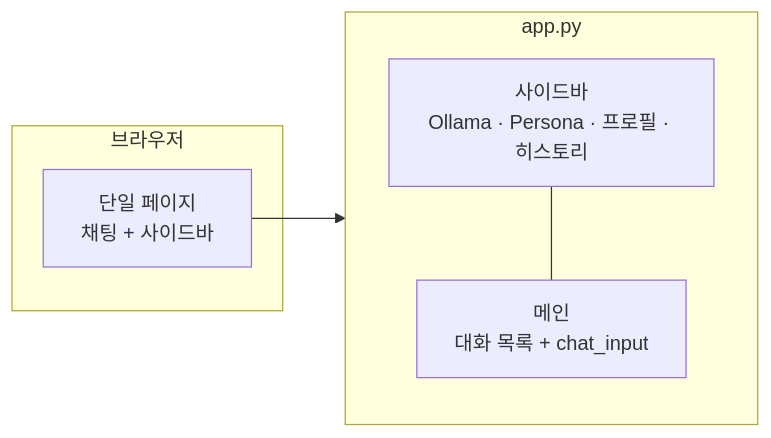
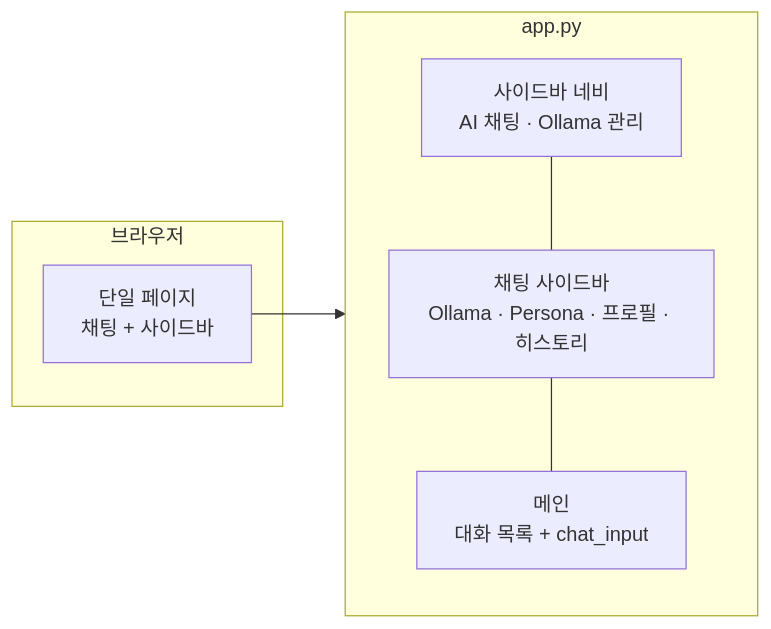
One commit to sumin-ma-1/basic-sw-tech-sm changed the first of 7 diagrams in README.md. Above: the diagram before and after it, drawn with Mermaid. The commit also changed other lines of this file and 3 other files, not shown here.

````diff
--- a/README.md
+++ b/README.md
@@ -41,14 +42,16 @@
 ```mermaid
 flowchart LR
     subgraph Browser["브라우저"]
         Page["단일 페이지<br/>채팅 + 사이드바"]
     end
 
     subgraph App["app.py"]
-        Side["사이드바<br/>Ollama · Persona · 프로필 · 히스토리"]
+        Nav["사이드바 네비<br/>AI 채팅 · Ollama 관리"]
+        Side["채팅 사이드바<br/>Ollama · Persona · 프로필 · 히스토리"]
         Main["메인<br/>대화 목록 + chat_input"]
+        Nav --- Side
         Side --- Main
     end
 
     Page --> App
 ```
````
